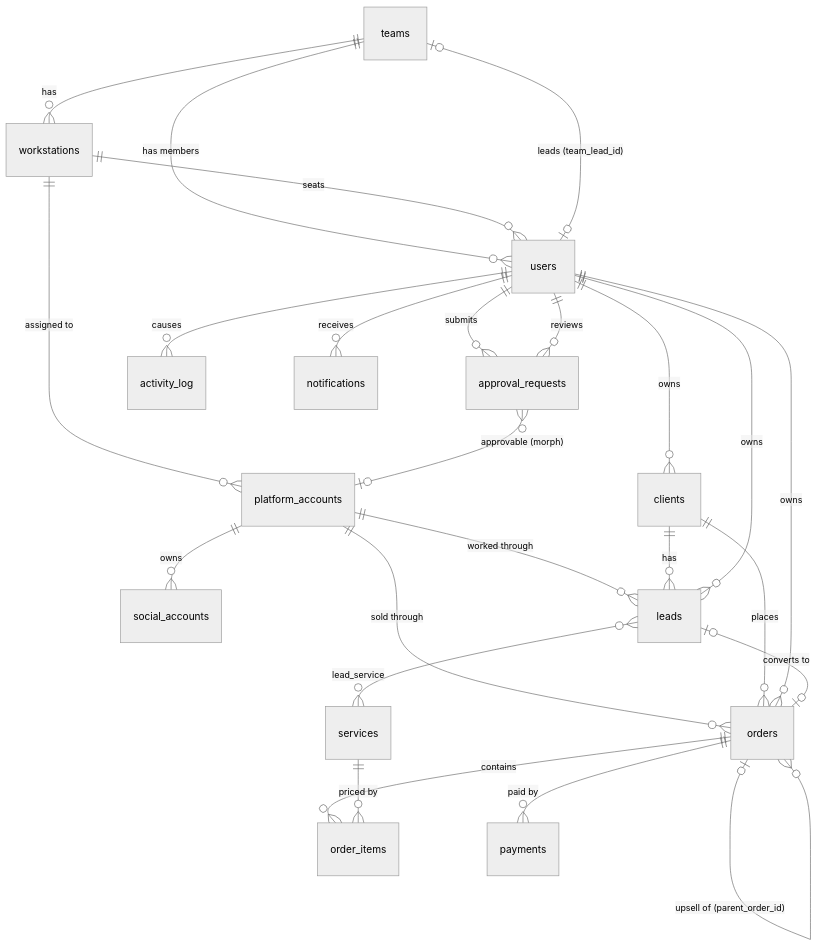
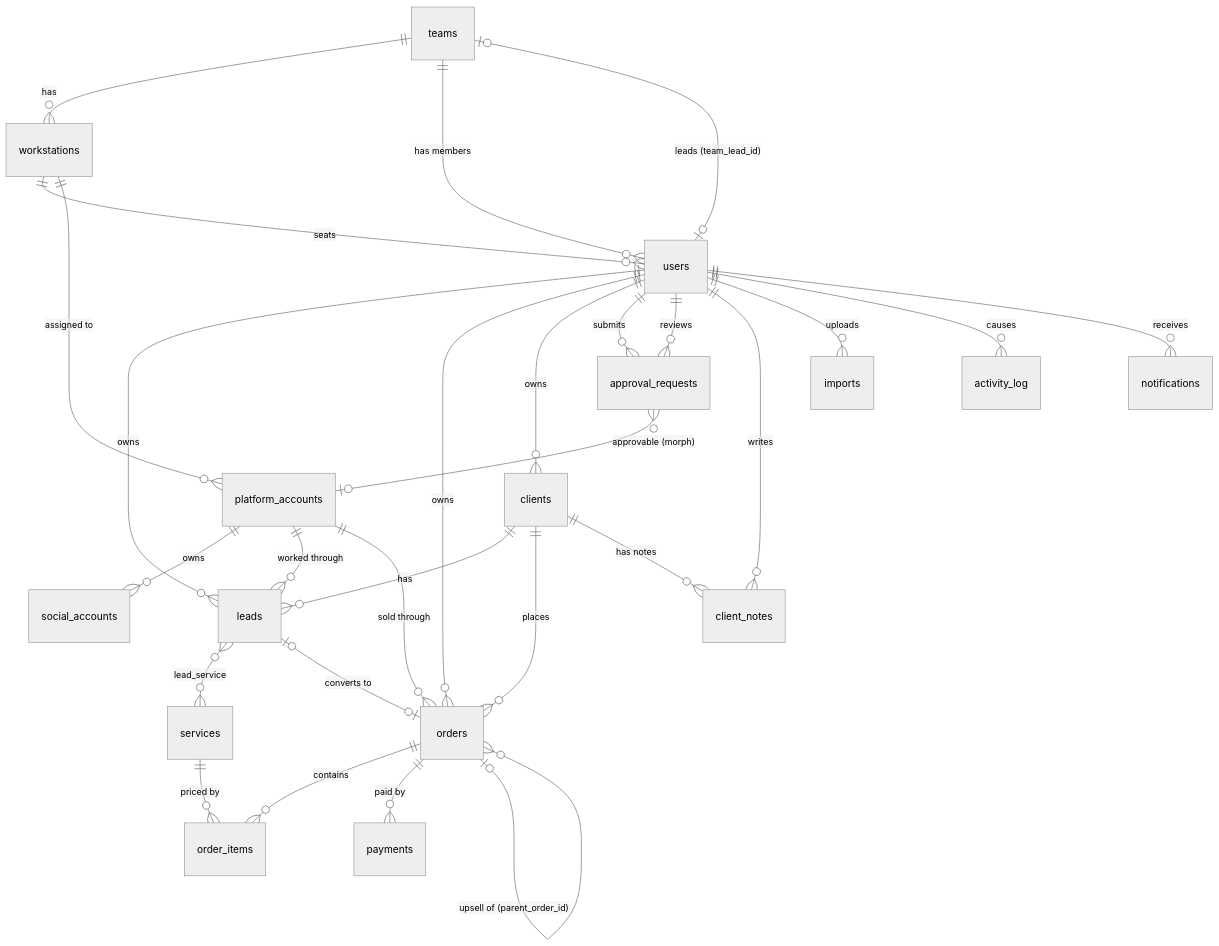
One commit to NazimAli28/SalesHub-PHP-Account-Client-Management-System changed the diagram in docs/architecture/data-model.md. Above: the diagram before and after it, drawn with Mermaid (neutral theme). The commit also changed other lines of this file and 8 other files, not shown here.

````diff
--- a/docs/architecture/data-model.md
+++ b/docs/architecture/data-model.md
@@ -19,27 +19,30 @@
 ```mermaid
 erDiagram
     teams ||--o{ workstations : has
     teams ||--o{ users : "has members"
     users |o--o| teams : "leads (team_lead_id)"
     workstations ||--o{ users : "seats"
     workstations ||--o{ platform_accounts : "assigned to"
     platform_accounts ||--o{ social_accounts : owns
     platform_accounts ||--o{ leads : "worked through"
     platform_accounts ||--o{ orders : "sold through"
     clients ||--o{ leads : has
     clients ||--o{ orders : places
     users ||--o{ leads : owns
     users ||--o{ orders : owns
     users ||--o{ clients : owns
     leads }o--o{ services : "lead_service"
     leads |o--o| orders : "converts to"
     orders ||--o{ order_items : contains
     services ||--o{ order_items : "priced by"
     orders ||--o{ payments : "paid by"
     orders |o--o{ orders : "upsell of (parent_order_id)"
     users ||--o{ approval_requests : submits
     users ||--o{ approval_requests : reviews
     approval_requests }o--o| platform_accounts : "approvable (morph)"
+    clients ||--o{ client_notes : "has notes"
+    users ||--o{ client_notes : writes
+    users ||--o{ imports : uploads
     users ||--o{ activity_log : causes
     users ||--o{ notifications : receives
 ```
````
